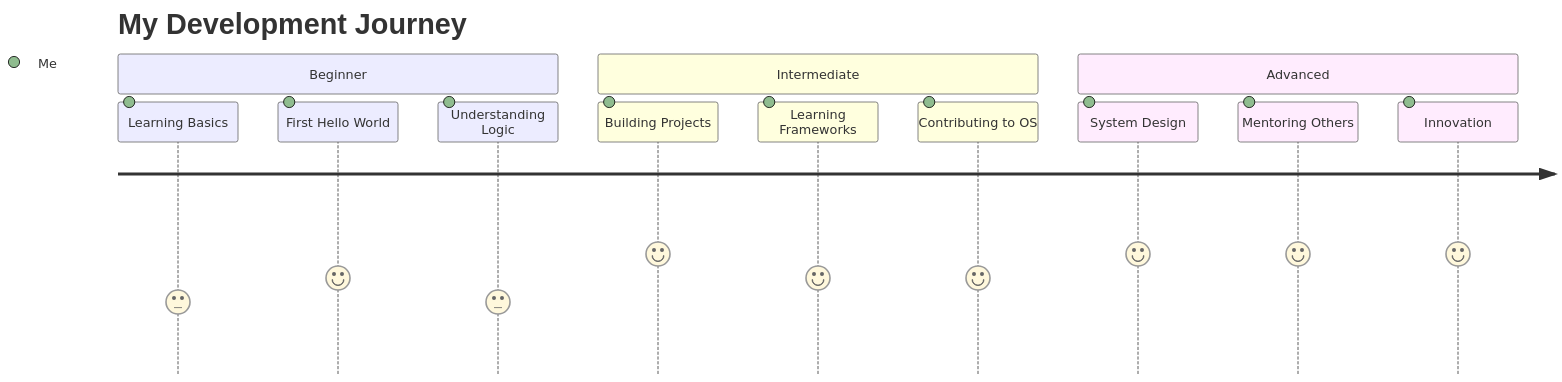
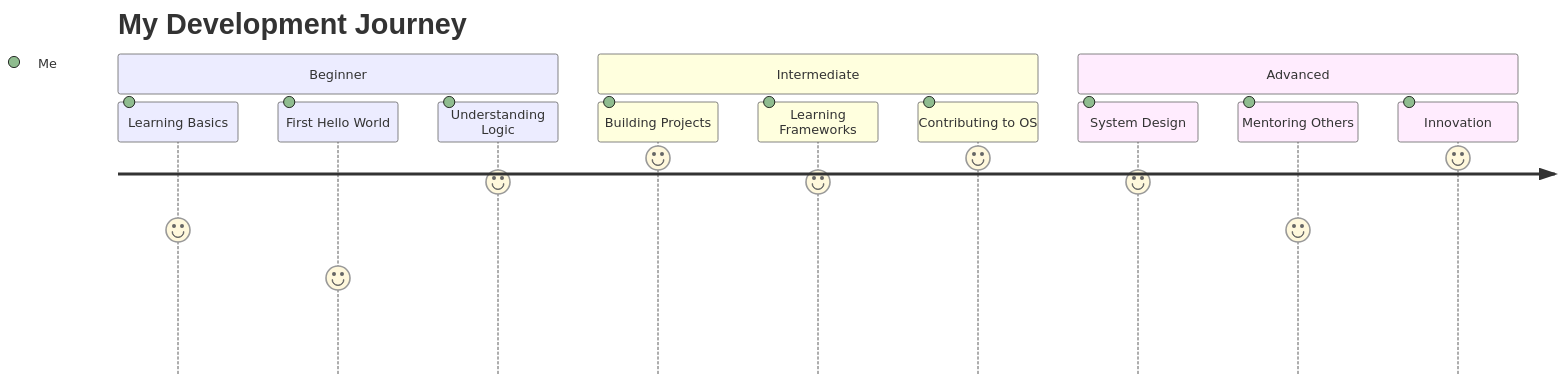
Before and after one commit to ManishPatil011/ManishPatil011: the first of 2 diagrams in README.md, drawn with Mermaid.

Commit message:
Update development journey metrics in README

````diff
--- a/README.md
+++ b/README.md
@@ -23,16 +23,16 @@
 ```mermaid
 journey
     title My Development Journey
     section Beginner
-      Learning Basics: 3: Me
+      Learning Basics: 6: Me
       First Hello World: 4: Me
-      Understanding Logic: 3: Me
+      Understanding Logic: 8: Me
     section Intermediate
-      Building Projects: 5: Me
-      Learning Frameworks: 4: Me
-      Contributing to OS: 4: Me
+      Building Projects: 9: Me
+      Learning Frameworks: 8: Me
+      Contributing to OS: 9: Me
     section Advanced
-      System Design: 5: Me
-      Mentoring Others: 5: Me
-      Innovation: 5: Me
+      System Design: 8: Me
+      Mentoring Others: 6: Me
+      Innovation: 9: Me
 ```
````
